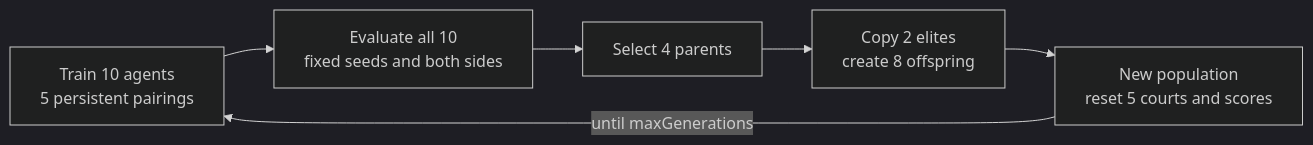
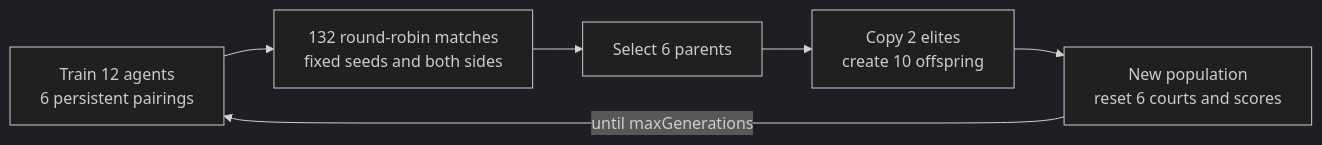
The diagram in Docs/PROJECT_HANDOFF.md (Harold2828/ReinforcementLearningPong), drawn with Mermaid (dark theme) before and after one commit. The commit also changed other lines of this file and 25 other files, not shown here.

Commit message:
feat(evolution): expand population to 12 agents

````diff
--- a/Docs/PROJECT_HANDOFF.md
+++ b/Docs/PROJECT_HANDOFF.md
@@ -27,8 +27,8 @@
 ```mermaid
 flowchart LR
-    T[Train 10 agents<br/>5 persistent pairings] --> E[Evaluate all 10<br/>fixed seeds and both sides]
-    E --> S[Select 4 parents]
-    S --> R[Copy 2 elites<br/>create 8 offspring]
-    R --> N[New population<br/>reset 5 courts and scores]
+    T[Train 12 agents<br/>6 persistent pairings] --> E[132 round-robin matches<br/>fixed seeds and both sides]
+    E --> S[Select 6 parents]
+    S --> R[Copy 2 elites<br/>create 10 offspring]
+    R --> N[New population<br/>reset 6 courts and scores]
     N -->|until maxGenerations| T
 ```
````
